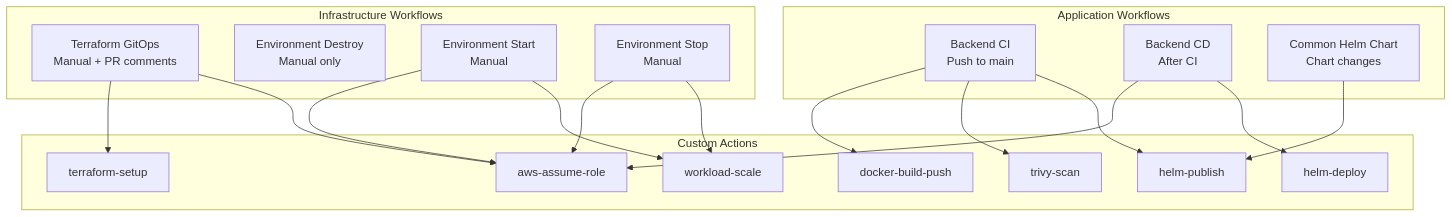
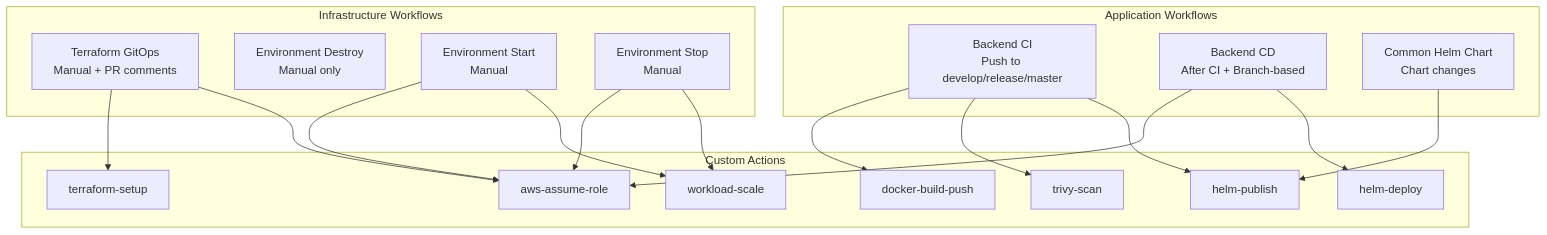
One commit to actekmetric/interview changed the fifth of 21 diagrams in sre/docs/ARCHITECTURE.md. Above: the diagram before and after it, drawn with Mermaid. The commit also changed other lines of this file and 3 other files, not shown here.

````diff
--- a/sre/docs/ARCHITECTURE.md
+++ b/sre/docs/ARCHITECTURE.md
@@ -285,43 +316,43 @@
 ```mermaid
 graph TB
     subgraph "Infrastructure Workflows"
         TF[Terraform GitOps<br/>Manual + PR comments]
         DESTROY[Environment Destroy<br/>Manual only]
         START[Environment Start<br/>Manual]
         STOP[Environment Stop<br/>Manual]
     end
 
     subgraph "Application Workflows"
-        CI[Backend CI<br/>Push to main]
-        CD[Backend CD<br/>After CI]
+        CI[Backend CI<br/>Push to develop/release/master]
+        CD[Backend CD<br/>After CI + Branch-based]
         COMMON[Common Helm Chart<br/>Chart changes]
     end
 
     subgraph "Custom Actions"
         TF_SETUP[terraform-setup]
         AWS_AUTH[aws-assume-role]
         DOCKER_BUILD[docker-build-push]
         TRIVY[trivy-scan]
         HELM_PUB[helm-publish]
         HELM_DEP[helm-deploy]
         SCALE[workload-scale]
     end
 
     TF --> TF_SETUP
     TF --> AWS_AUTH
 
     CI --> DOCKER_BUILD
     CI --> TRIVY
     CI --> HELM_PUB
 
     CD --> AWS_AUTH
     CD --> HELM_DEP
 
     STOP --> AWS_AUTH
     STOP --> SCALE
 
     START --> AWS_AUTH
     START --> SCALE
 
     COMMON --> HELM_PUB
 ```
````
